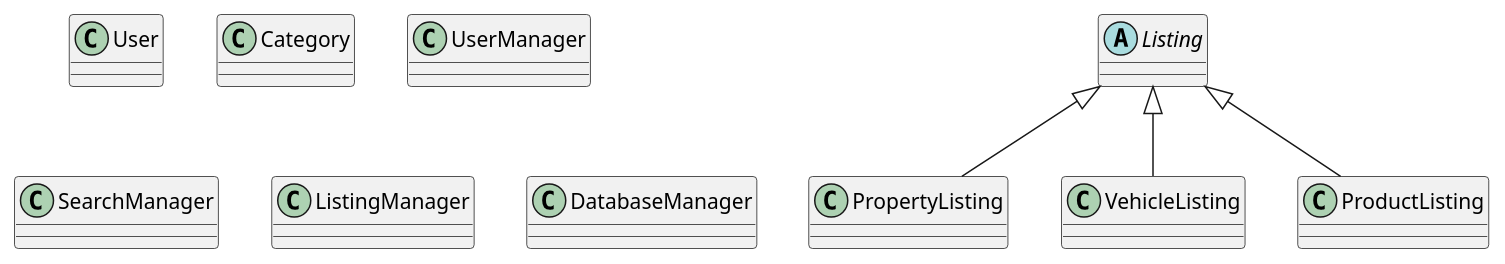
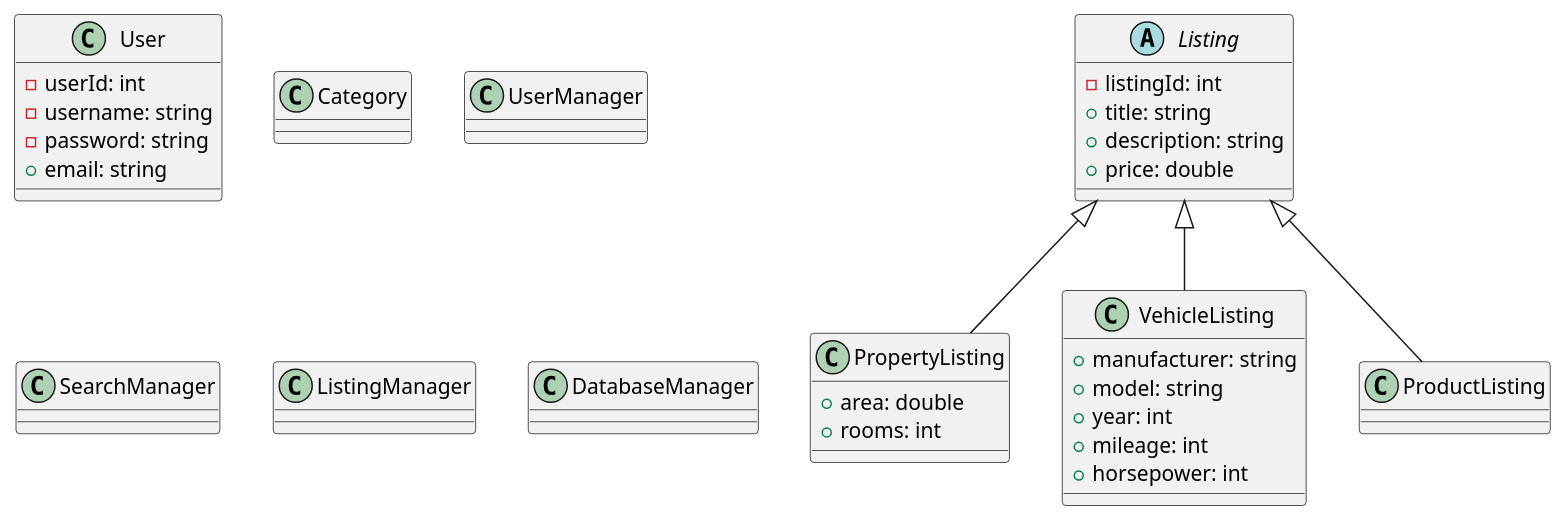
Before and after one commit to hos22181/pos-projekt: the diagram in POS_Projekt/src/datamodel.puml, drawn with PlantUML.

```diff
--- a/POS_Projekt/src/datamodel.puml
+++ b/POS_Projekt/src/datamodel.puml
@@ -1,22 +1,46 @@
 @startuml
 
-class User
+class User{
+  - userId: int
+  - username: string
+  - password: string
+  + email: string
+}
 
-abstract class Listing
-class PropertyListing
-class VehicleListing
-class ProductListing
+abstract class Listing{
+  - listingId: int
+  + title: string
+  + description: string
+  + price: double
+}
+
+class PropertyListing{
++ area: double
++ rooms: int
+}
+
+class VehicleListing{
+  + manufacturer: string
+  + model: string
+  + year: int
+  + mileage: int
+  + horsepower: int
+}
+
+class ProductListing{
+
+}
 
 Listing <|--PropertyListing
 Listing <|--ProductListing
 Listing <|--VehicleListing
 
 
 class Category
 
 class UserManager
 class SearchManager
 class ListingManager
 class DatabaseManager
 
 @enduml
```
